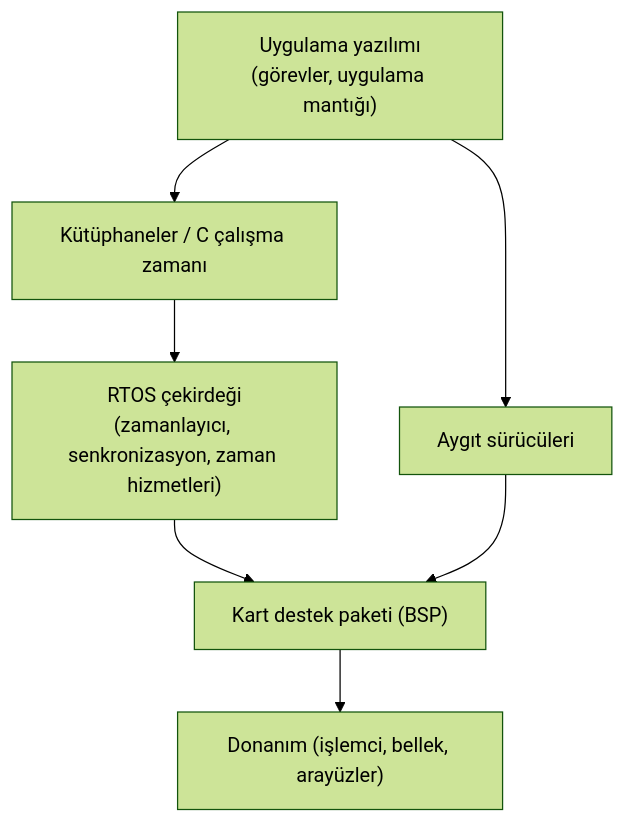
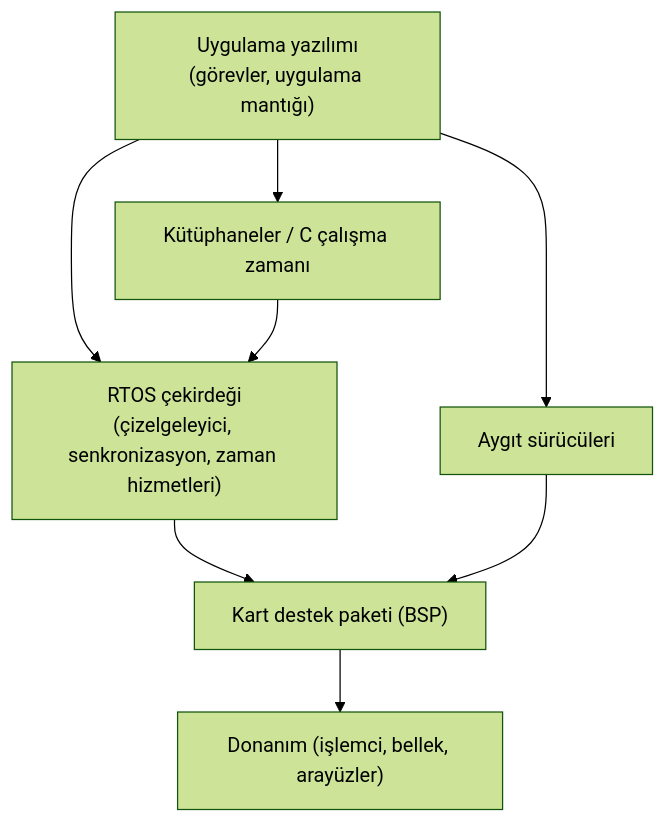
One commit to Mavrikant/aviyonikyazilim changed the first of 2 diagrams in kitap/05-ozel-konular/20-gercek-zamanli-isletim-sistemleri.md. Above: the diagram before and after it, drawn with Mermaid (forest theme). The commit also changed other lines of this file and 35 other files, not shown here.

````diff
--- a/kitap/05-ozel-konular/20-gercek-zamanli-isletim-sistemleri.md
+++ b/kitap/05-ozel-konular/20-gercek-zamanli-isletim-sistemleri.md
@@ -54,14 +54,16 @@
 ```mermaid
 flowchart TB
     APP["Uygulama yazılımı<br/>(görevler, uygulama mantığı)"]
     LIB["Kütüphaneler / C çalışma zamanı"]
-    KRN["RTOS çekirdeği<br/>(zamanlayıcı, senkronizasyon, zaman hizmetleri)"]
+    KRN["RTOS çekirdeği<br/>(çizelgeleyici, senkronizasyon, zaman hizmetleri)"]
     DRV["Aygıt sürücüleri"]
     BSP["Kart destek paketi (BSP)"]
     HW["Donanım (işlemci, bellek, arayüzler)"]
-    APP --> LIB --> KRN
+    APP --> KRN
+    APP --> LIB
     APP --> DRV
+    LIB --> KRN
     KRN --> BSP
     DRV --> BSP
     BSP --> HW
 ```
````
